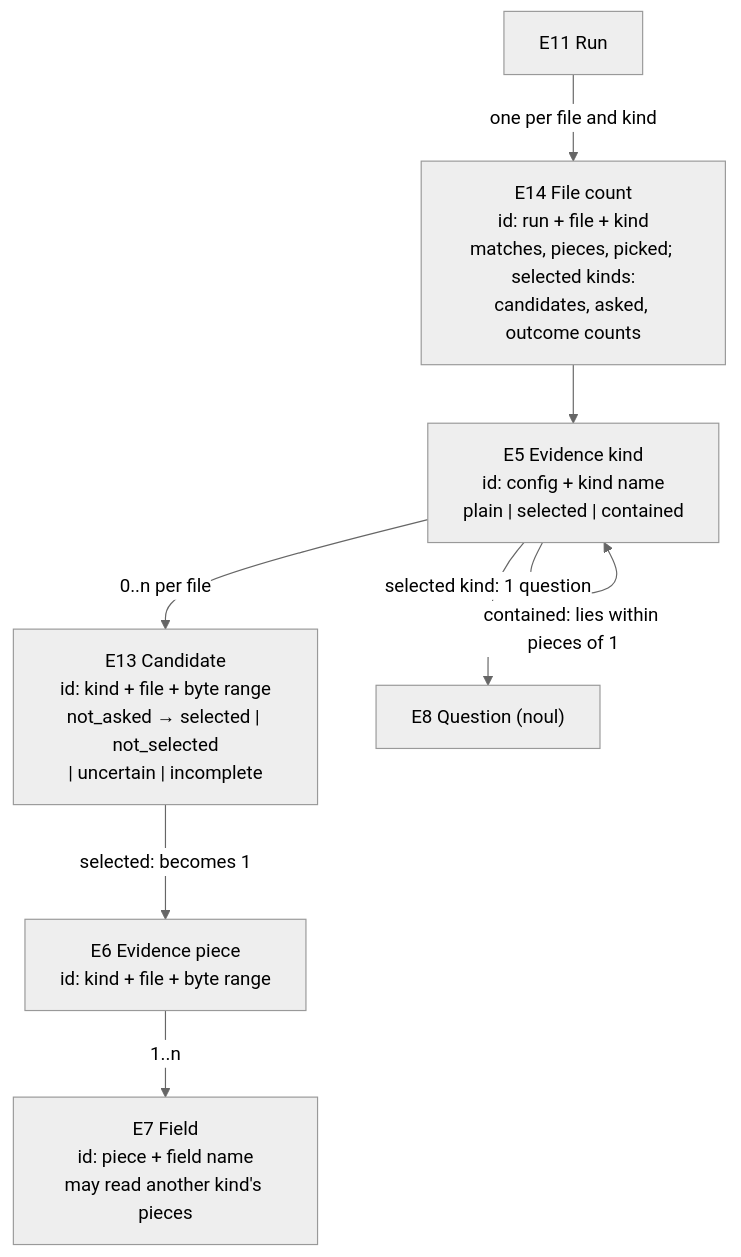
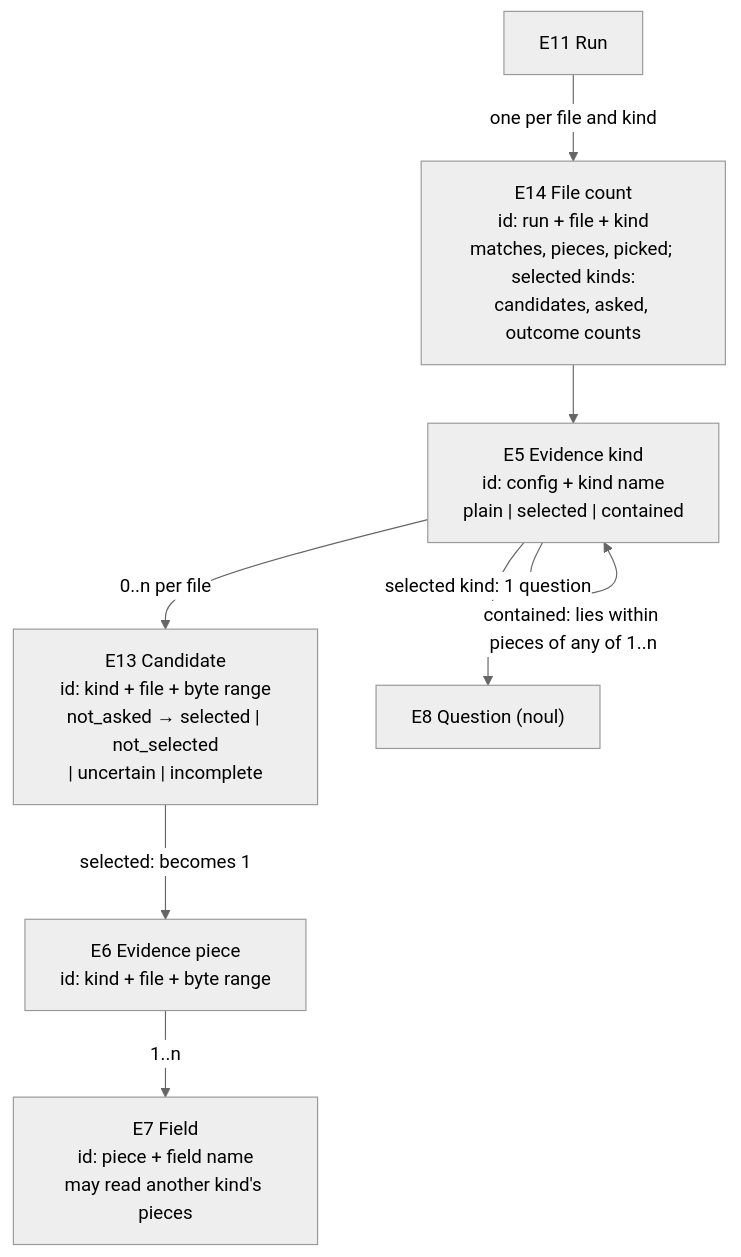
One commit to ShravanSunder/sunstack-tools changed the second of 2 diagrams in docs/specs/2026-10-30-evidence-selection/specification.md. Above: the diagram before and after it, drawn with Mermaid (neutral theme). The commit also changed other lines of this file and 3 other files, not shown here.

````diff
--- a/docs/specs/2026-10-30-evidence-selection/specification.md
+++ b/docs/specs/2026-10-30-evidence-selection/specification.md
@@ -43,10 +43,10 @@
 ```mermaid
 flowchart TB
   E5["E5 Evidence kind<br/>id: config + kind name<br/>plain | selected | contained"] -->|"0..n per file"| E13["E13 Candidate<br/>id: kind + file + byte range<br/>not_asked → selected | not_selected<br/>| uncertain | incomplete"]
   E5 -->|"selected kind: 1 question"| E8["E8 Question (noul)"]
   E13 -->|"selected: becomes 1"| E6["E6 Evidence piece<br/>id: kind + file + byte range"]
-  E5 -->|"contained: lies within pieces of 1"| E5
+  E5 -->|"contained: lies within pieces of any of 1..n"| E5
   E6 -->|"1..n"| E7["E7 Field<br/>id: piece + field name<br/>may read another kind's pieces"]
   E11["E11 Run"] -->|"one per file and kind"| E14["E14 File count<br/>id: run + file + kind<br/>matches, pieces, picked; selected kinds:<br/>candidates, asked, outcome counts"]
   E14 --> E5
 ```
````
